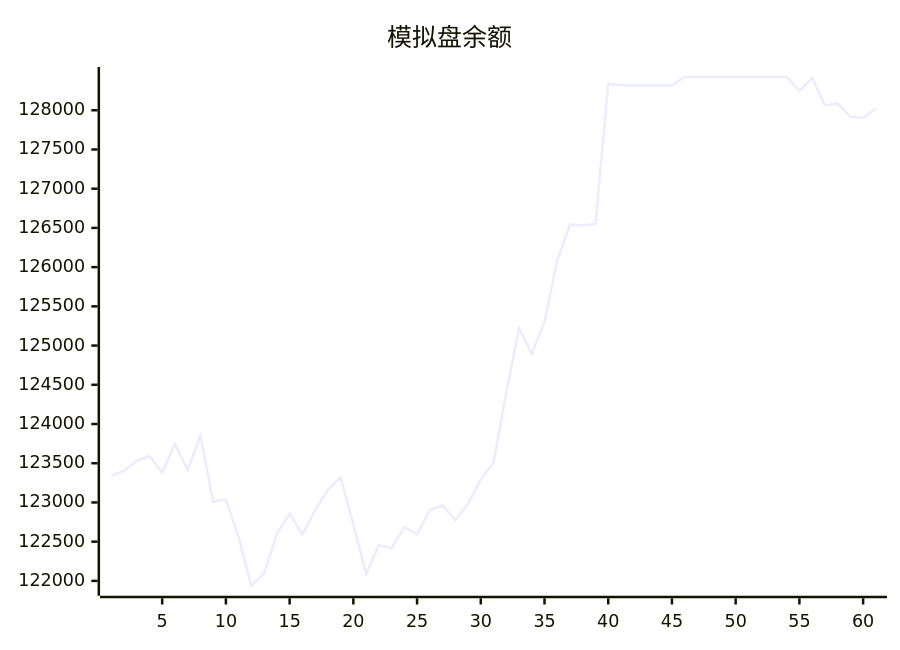
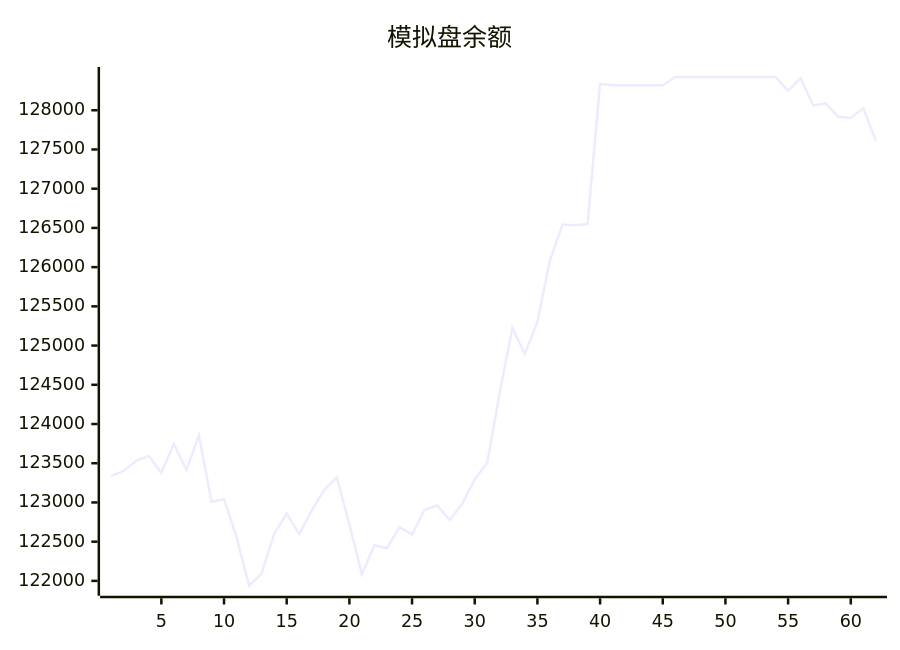
One commit to aahl/mcp-aktools changed the diagram in trading/README.md. Above: the diagram before and after it, drawn with Mermaid. The commit also changed other lines of this file and 1 other file, not shown here.

````diff
--- a/trading/README.md
+++ b/trading/README.md
@@ -3,5 +3,5 @@
 ```mermaid
 xychart
     title "模拟盘余额"
-    line [123338,123402,123530,123592,123378,123745,123413,123853,123009,123040,122557,121938,122095,122599,122856,122597,122898,123160,123319,122719,122087,122454,122416,122685,122592,122907,122961,122776,122981,123295,123507,124403,125224,124894,125303,126088,126544,126534,126549,128335,128318,128318,128318,128318,128318,128424,128424,128424,128424,128424,128424,128424,128424,128424,128247,128412,128062,128087,127917,127901,128026]
+    line [123338,123402,123530,123592,123378,123745,123413,123853,123009,123040,122557,121938,122095,122599,122856,122597,122898,123160,123319,122719,122087,122454,122416,122685,122592,122907,122961,122776,122981,123295,123507,124403,125224,124894,125303,126088,126544,126534,126549,128335,128318,128318,128318,128318,128318,128424,128424,128424,128424,128424,128424,128424,128424,128424,128247,128412,128062,128087,127917,127901,128026,127611]
 ```
````
